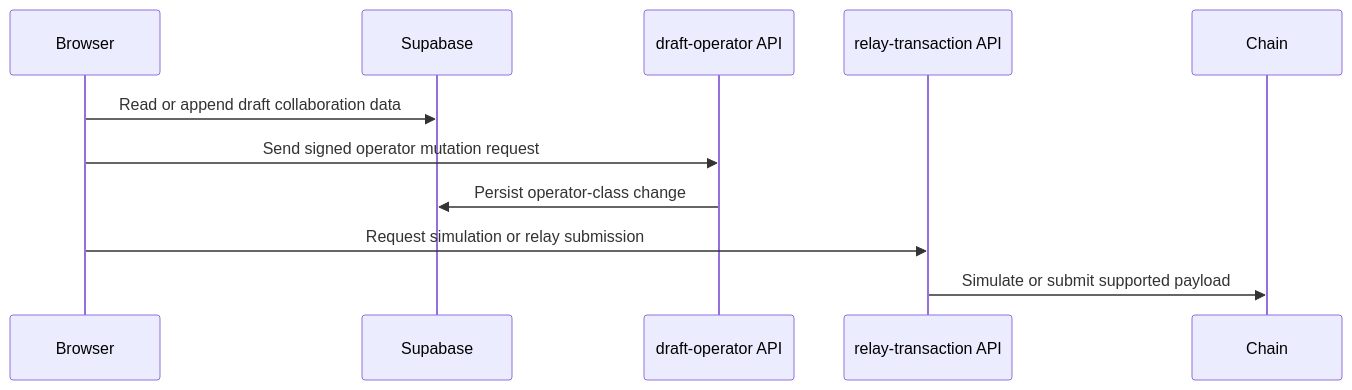
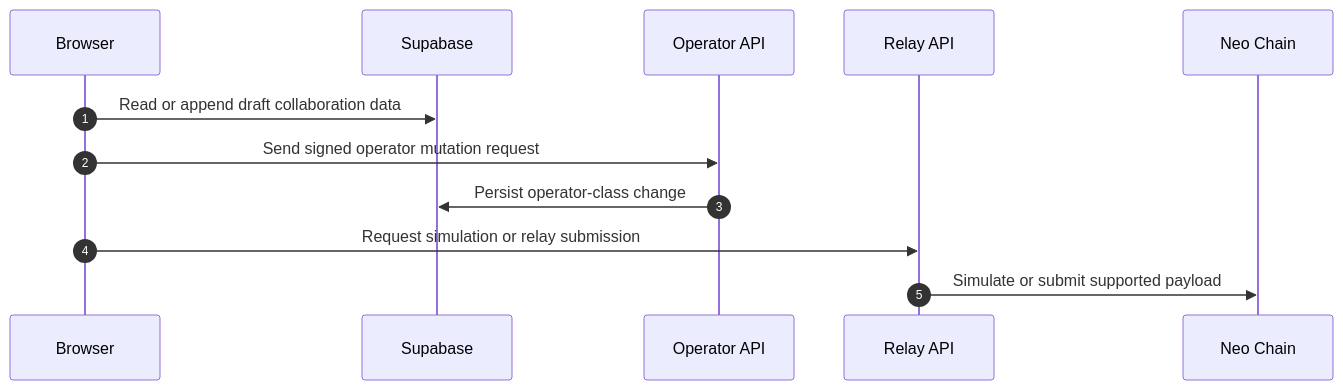
One commit to r3e-network/neo-abstract-account changed the fifth of 5 diagrams in docs/DATA_FLOW.md. Above: the diagram before and after it, drawn with Mermaid. The commit also changed other lines of this file and 15 other files, not shown here.

````diff
--- a/docs/DATA_FLOW.md
+++ b/docs/DATA_FLOW.md
@@ -125,14 +174,15 @@
 ```mermaid
 sequenceDiagram
-  participant Browser
-  participant Supabase
-  participant OperatorAPI as draft-operator API
-  participant RelayAPI as relay-transaction API
-  participant Chain
+  autonumber
+  participant B as Browser
+  participant S as Supabase
+  participant O as Operator API
+  participant R as Relay API
+  participant C as Neo Chain
 
-  Browser->>Supabase: Read or append draft collaboration data
-  Browser->>OperatorAPI: Send signed operator mutation request
-  OperatorAPI->>Supabase: Persist operator-class change
-  Browser->>RelayAPI: Request simulation or relay submission
-  RelayAPI->>Chain: Simulate or submit supported payload
+  B->>S: Read or append draft collaboration data
+  B->>O: Send signed operator mutation request
+  O->>S: Persist operator-class change
+  B->>R: Request simulation or relay submission
+  R->>C: Simulate or submit supported payload
 ```
````
